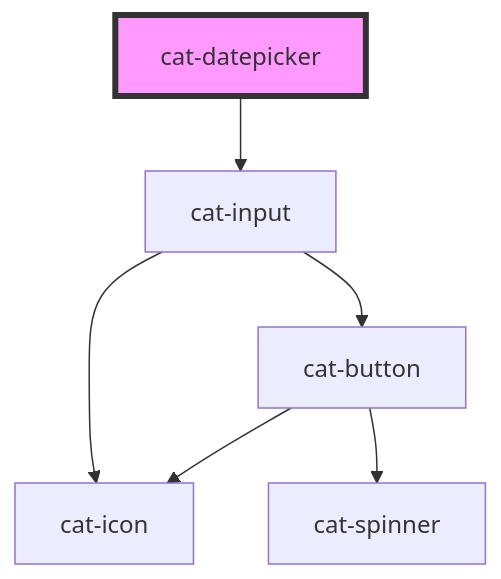
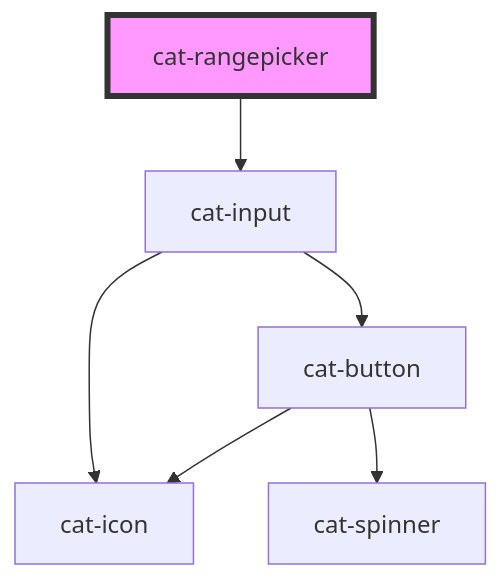
The diagram in core/src/components/cat-rangepicker/readme.md (malikov917/catalyst), drawn with Mermaid before and after one commit. The commit also changed other lines of this file and 11 other files, not shown here.

````diff
--- a/core/src/components/cat-rangepicker/readme.md
+++ b/core/src/components/cat-rangepicker/readme.md
@@ -123,9 +90,9 @@
 ```mermaid
 graph TD;
-  cat-datepicker --> cat-input
+  cat-rangepicker --> cat-input
   cat-input --> cat-icon
   cat-input --> cat-button
   cat-button --> cat-icon
   cat-button --> cat-spinner
-  style cat-datepicker fill:#f9f,stroke:#333,stroke-width:4px
+  style cat-rangepicker fill:#f9f,stroke:#333,stroke-width:4px
 ```
````
